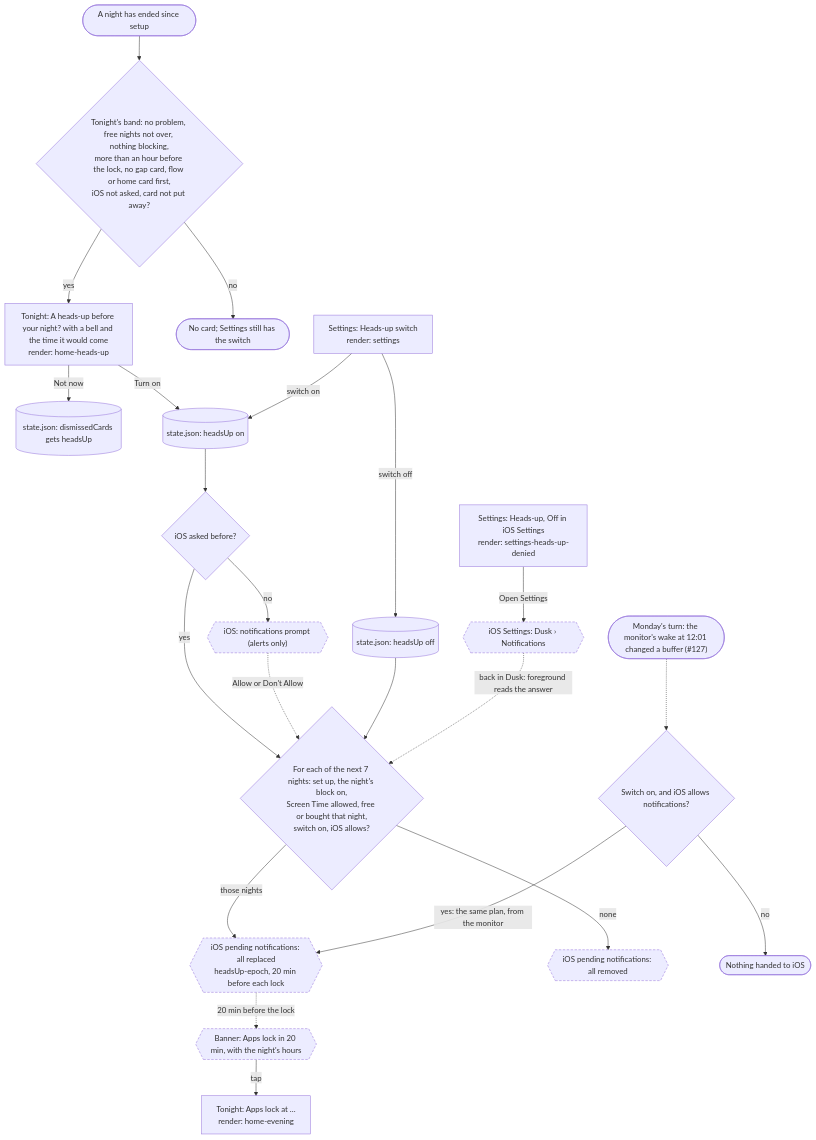
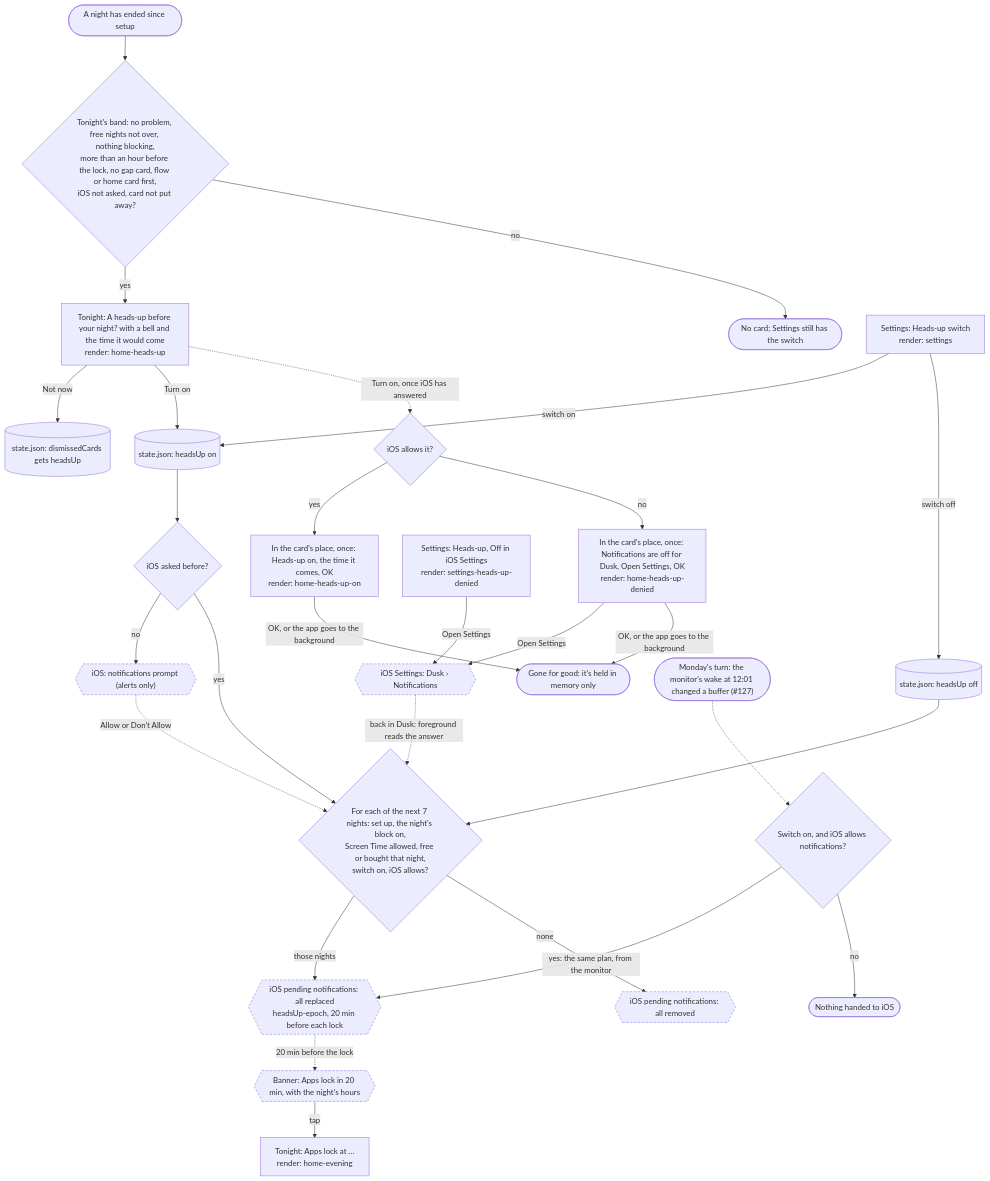
The diagram in docs/flows/heads-up.md (adit-rah/toll), drawn with Mermaid before and after one commit. The commit also changed 27 other files, not shown here.

First line of the commit message:
Tonight's heads-up answer, the block switch, Settings' tiles, the around sheet's bars, Ready at AX5, the log's cards (#160, #161, #162, #168)

````diff
--- a/docs/flows/heads-up.md
+++ b/docs/flows/heads-up.md
@@ -9,33 +9,39 @@
 ```mermaid
 flowchart TD
   firstNight(["A night has ended since setup"]) --> cardCheck{"Tonight's band: no problem, free nights not over, nothing blocking,<br/>more than an hour before the lock, no gap card, flow or home card first,<br/>iOS not asked, card not put away?"}
   cardCheck -->|"yes"| card["Tonight: A heads-up before your night? with a bell and the time it would come<br/>render: home-heads-up"]
   cardCheck -->|"no"| noCard(["No card; Settings still has the switch"])
   card -->|"Not now"| putAway[("state.json: dismissedCards gets headsUp")]
   card -->|"Turn on"| switchOn[("state.json: headsUp on")]
+  card -.->|"Turn on, once iOS has answered"| answer{"iOS allows it?"}
+  answer -->|"yes"| answerOn["In the card's place, once: Heads-up on, the time it comes, OK<br/>render: home-heads-up-on"]
+  answer -->|"no"| answerOff["In the card's place, once: Notifications are off for Dusk, Open Settings, OK<br/>render: home-heads-up-denied"]
+  answerOff -->|"Open Settings"| iosSettings
+  answerOn -->|"OK, or the app goes to the background"| gone(["Gone for good: it's held in memory only"])
+  answerOff -->|"OK, or the app goes to the background"| gone
 
   settingsRow["Settings: Heads-up switch<br/>render: settings"]
   settingsRow -->|"switch on"| switchOn
   settingsRow -->|"switch off"| switchOff[("state.json: headsUp off")]
   deniedRow["Settings: Heads-up, Off in iOS Settings<br/>render: settings-heads-up-denied"]
   deniedRow -->|"Open Settings"| iosSettings{{"iOS Settings: Dusk › Notifications"}}
 
   switchOn --> asked{"iOS asked before?"}
   asked -->|"no"| prompt{{"iOS: notifications prompt (alerts only)"}}
   asked -->|"yes"| plan
   prompt -.->|"Allow or Don't Allow"| plan
   switchOff --> plan
   iosSettings -.->|"back in Dusk: foreground reads the answer"| plan
 
   plan{"For each of the next 7 nights: set up, the night's block on,<br/>Screen Time allowed, free or bought that night,<br/>switch on, iOS allows?"}
   plan -->|"those nights"| pending{{"iOS pending notifications: all replaced<br/>headsUp-epoch, 20 min before each lock"}}
   plan -->|"none"| cleared{{"iOS pending notifications: all removed"}}
   turn(["Monday's turn: the monitor's wake at 12:01 changed a buffer (#127)"]) -.-> turnPlan{"Switch on, and iOS allows notifications?"}
   turnPlan -->|"yes: the same plan, from the monitor"| pending
   turnPlan -->|"no"| turnNothing(["Nothing handed to iOS"])
   pending -.->|"20 min before the lock"| banner{{"Banner: Apps lock in 20 min, with the night's hours"}}
   banner -->|"tap"| tonight["Tonight: Apps lock at …<br/>render: home-evening"]
 
   classDef system stroke-dasharray: 5 3
   class prompt,iosSettings,pending,cleared,banner system
 ```
````
